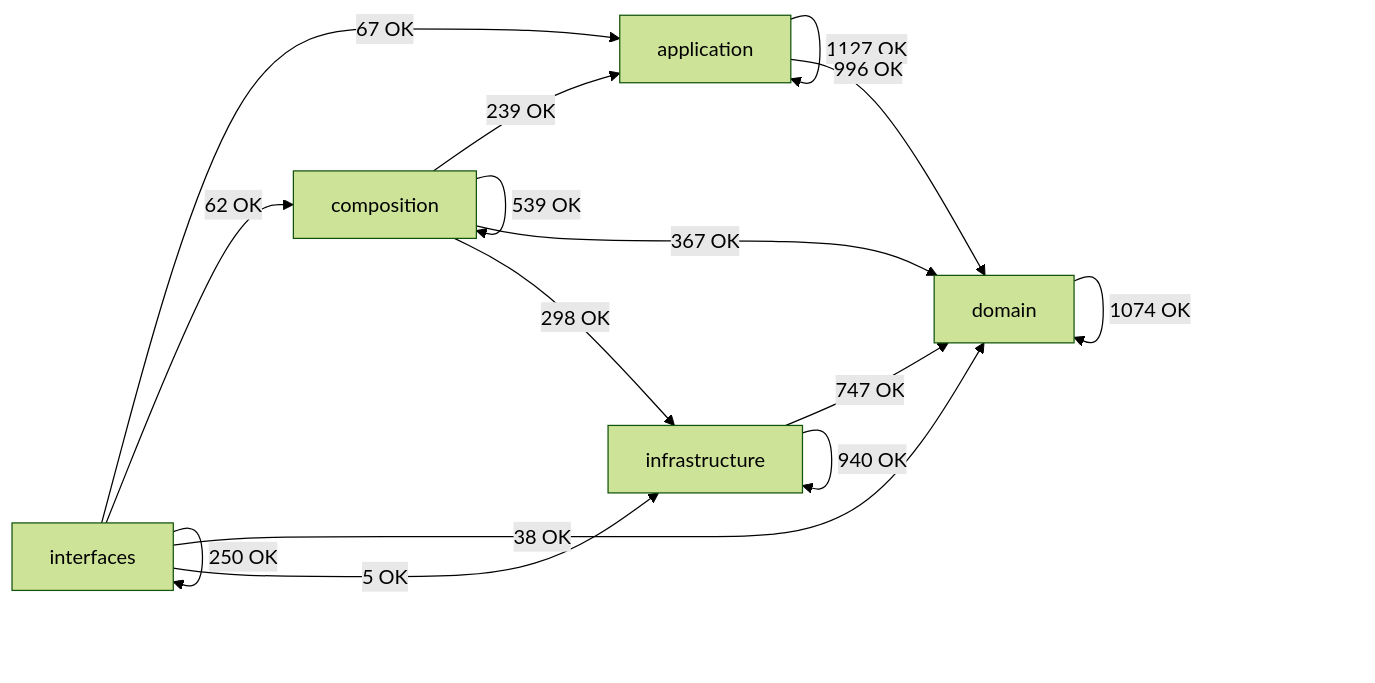
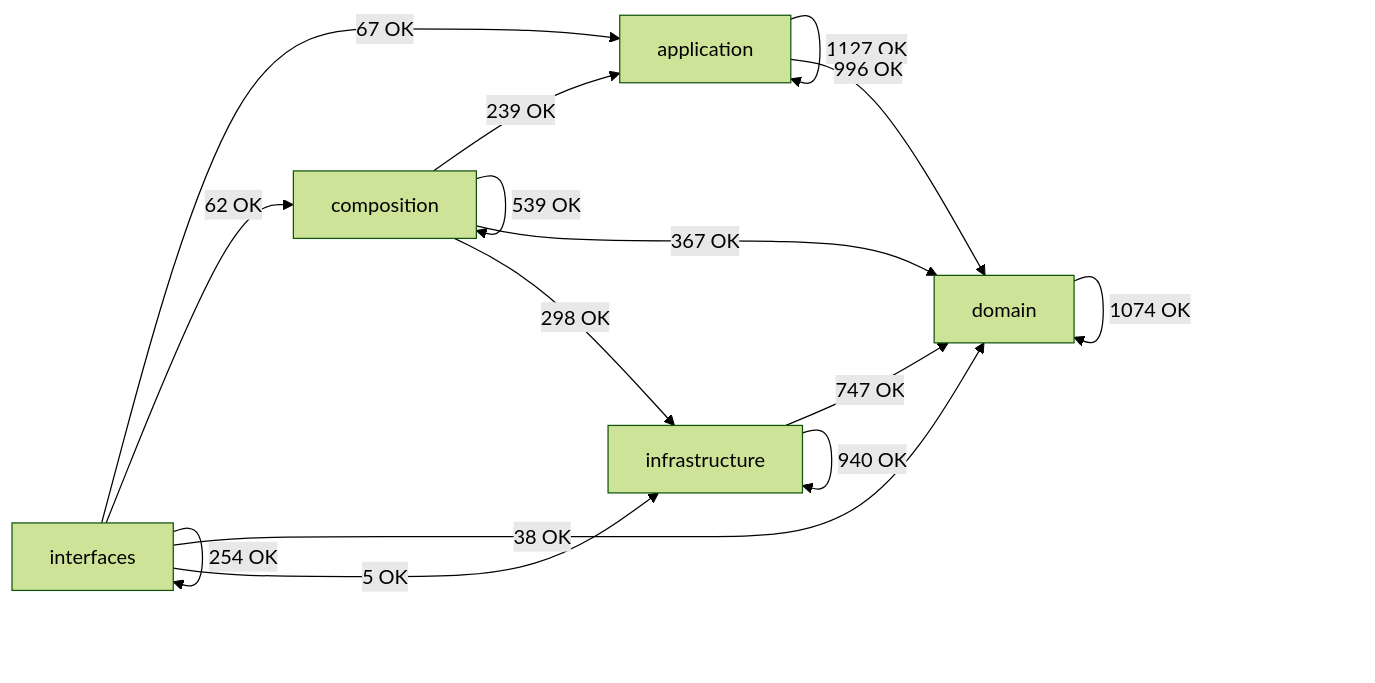
The diagram in docs/02-architecture/generated/module-dependency-map.md (SatoryKono/BioactivityDataAcquisition), drawn with Mermaid (forest theme) before and after one commit. The commit also changed other lines of this file and 8 other files, not shown here.

````diff
--- a/docs/02-architecture/generated/module-dependency-map.md
+++ b/docs/02-architecture/generated/module-dependency-map.md
@@ -17,22 +17,22 @@
 ```mermaid
 flowchart LR
     domain[domain]
     application[application]
     infrastructure[infrastructure]
     composition[composition]
     interfaces[interfaces]
     application -->|1127 OK| application
     application -->|996 OK| domain
     composition -->|239 OK| application
     composition -->|539 OK| composition
     composition -->|367 OK| domain
     composition -->|298 OK| infrastructure
     domain -->|1074 OK| domain
     infrastructure -->|747 OK| domain
     infrastructure -->|940 OK| infrastructure
     interfaces -->|67 OK| application
     interfaces -->|62 OK| composition
     interfaces -->|38 OK| domain
     interfaces -->|5 OK| infrastructure
-    interfaces -->|250 OK| interfaces
+    interfaces -->|254 OK| interfaces
 ```
````
